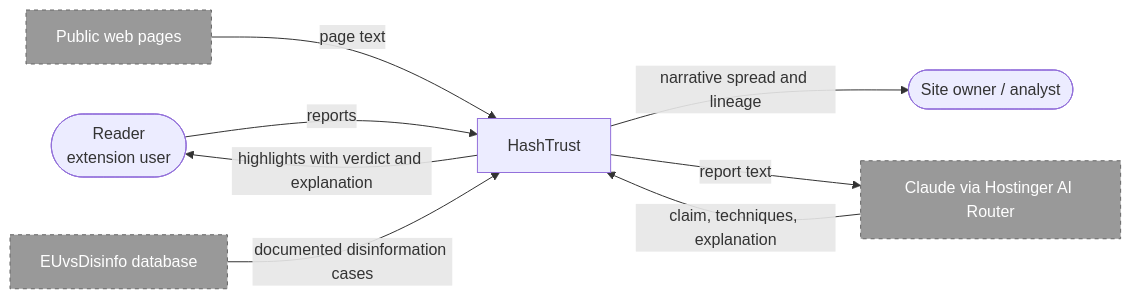
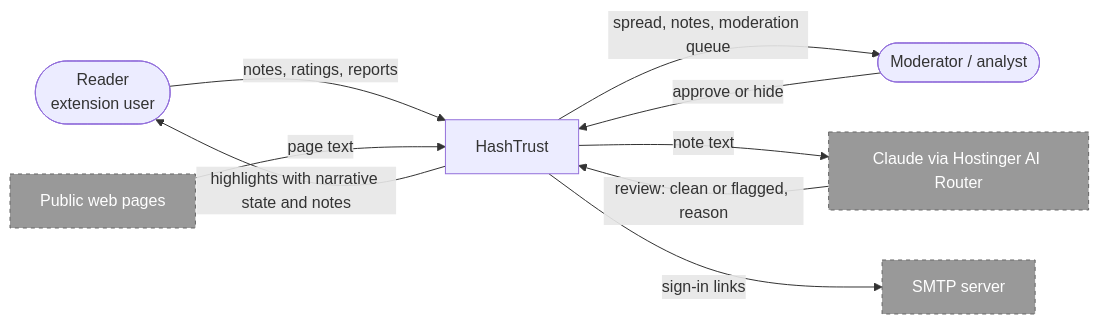
The first of 4 diagrams in docs/components.md (nlinnanen/konklaavi), drawn with Mermaid before and after one commit. The commit also changed other lines of this file and 6 other files, not shown here.

````diff
--- a/docs/components.md
+++ b/docs/components.md
@@ -7,20 +7,21 @@
 ```mermaid
 flowchart LR
   Reader(["Reader<br/>extension user"])
-  Owner(["Site owner / analyst"])
+  Mod(["Moderator / analyst"])
   Sys["HashTrust"]
   Web["Public web pages"]
-  EU["EUvsDisinfo database"]
-  Claude["Claude via Hostinger AI Router"]
+  LLM["Claude via Hostinger AI Router"]
+  Mail["SMTP server"]
 
-  Reader -->|reports| Sys
-  Sys -->|highlights with verdict and explanation| Reader
-  Sys -->|narrative spread and lineage| Owner
+  Reader -->|"notes, ratings, reports"| Sys
+  Sys -->|"highlights with narrative state and notes"| Reader
+  Sys -->|"spread, notes, moderation queue"| Mod
+  Mod -->|"approve or hide"| Sys
   Web -->|page text| Sys
-  EU -->|documented disinformation cases| Sys
-  Sys -->|report text| Claude
-  Claude -->|claim, techniques, explanation| Sys
+  Sys -->|note text| LLM
+  LLM -->|"review: clean or flagged, reason"| Sys
+  Sys -->|sign-in links| Mail
 
   classDef ext fill:#999,stroke:#666,stroke-dasharray:4,color:#fff
-  class Web,EU,Claude ext
+  class Web,LLM,Mail ext
 ```
````
